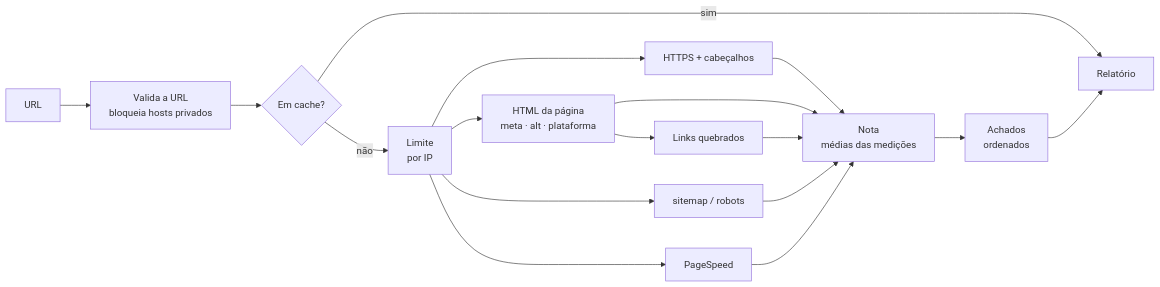
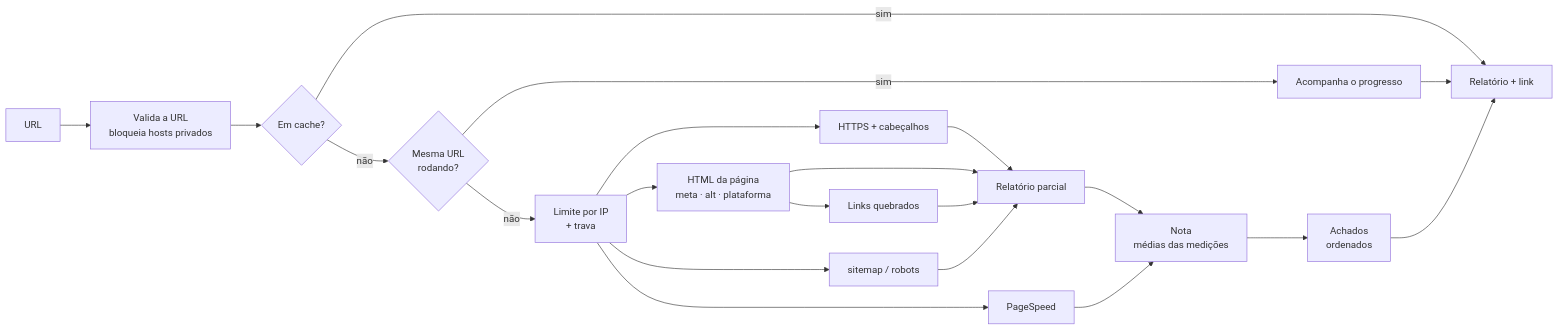
Before and after one commit to leodds21/Website-reviewer: the diagram in README.pt-BR.md, drawn with Mermaid. The commit also changed other lines of this file, not shown here.

Commit message:
Project overview in Portuguese

````diff
--- a/README.pt-BR.md
+++ b/README.pt-BR.md
@@ -42,15 +44,19 @@
 ```mermaid
 flowchart LR
     U[URL] --> V[Valida a URL<br/>bloqueia hosts privados]
     V --> C{Em cache?}
     C -- sim --> R
-    C -- não --> L[Limite<br/>por IP]
+    C -- não --> I{Mesma URL<br/>rodando?}
+    I -- sim --> W[Acompanha o progresso]
+    W --> R
+    I -- não --> L[Limite por IP<br/>+ trava]
     L --> H[HTTPS + cabeçalhos]
     L --> P[HTML da página<br/>meta · alt · plataforma]
     P --> K[Links quebrados]
     L --> S[sitemap / robots]
     L --> G[PageSpeed]
-    H & P & K & S & G --> SC[Nota<br/>médias das medições]
+    H & P & K & S --> PR[Relatório parcial]
+    PR & G --> SC[Nota<br/>médias das medições]
     SC --> F[Achados<br/>ordenados]
-    F --> R[Relatório]
+    F --> R[Relatório + link]
 ```
````
